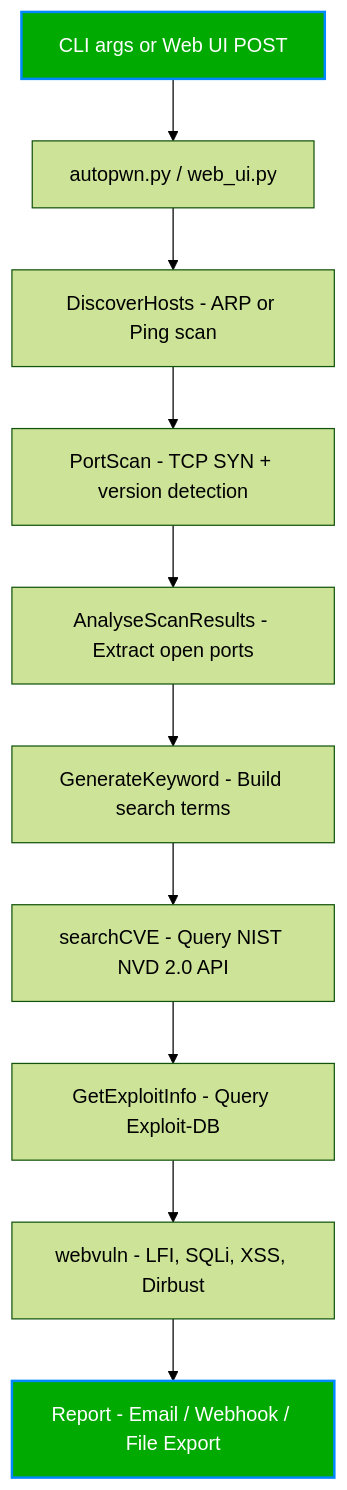
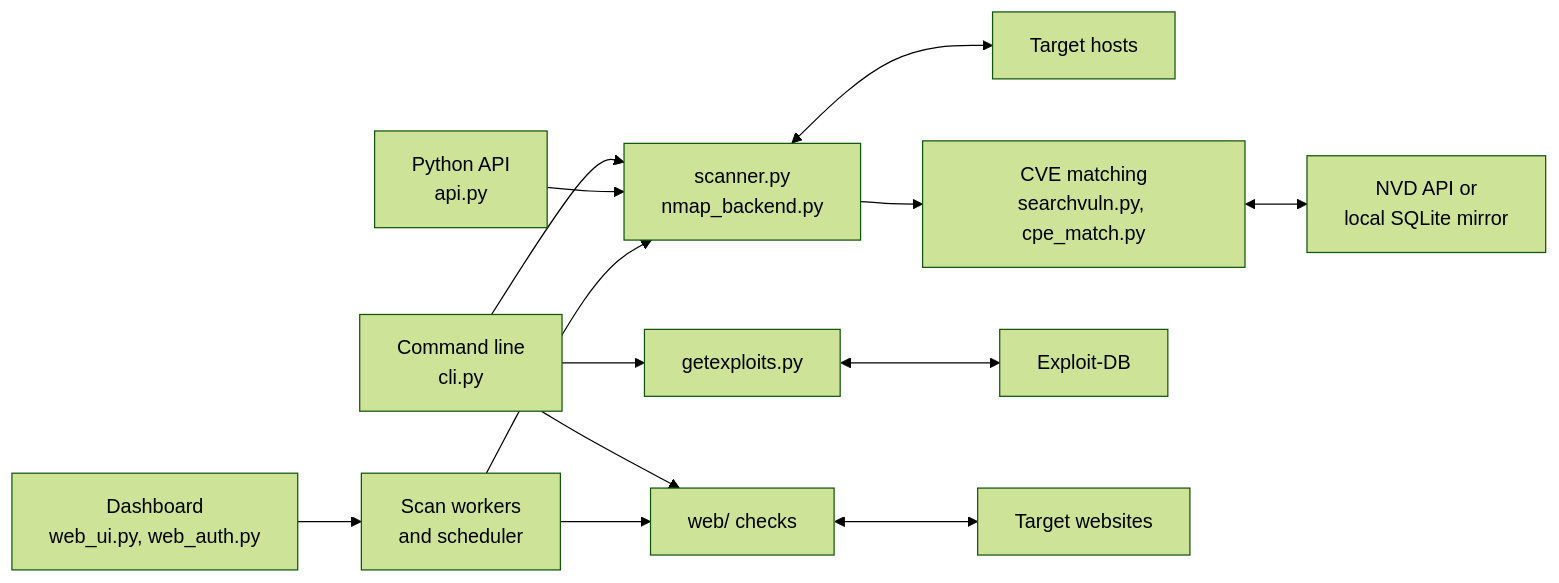
One commit to GamehunterKaan/kaangultekin.net changed the diagram in _pages/projects/autopwn-suite.md. Above: the diagram before and after it, drawn with Mermaid (forest theme). The commit also changed other lines of this file and 18 other files, not shown here.

```diff
--- a/_pages/projects/autopwn-suite.md
+++ b/_pages/projects/autopwn-suite.md
@@ -155,15 +306,15 @@
 <div class="mermaid">
-flowchart TD
-    A["CLI args or Web UI POST"] --> B["autopwn.py / web_ui.py"]
-    B --> C["DiscoverHosts - ARP or Ping scan"]
-    C --> D["PortScan - TCP SYN + version detection"]
-    D --> E["AnalyseScanResults - Extract open ports"]
-    E --> F["GenerateKeyword - Build search terms"]
-    F --> G["searchCVE - Query NIST NVD 2.0 API"]
-    G --> H["GetExploitInfo - Query Exploit-DB"]
-    H --> I["webvuln - LFI, SQLi, XSS, Dirbust"]
-    I --> J["Report - Email / Webhook / File Export"]
-
-    style A fill:#0a0,stroke:#08f,stroke-width:2px,color:#fff
-    style J fill:#0a0,stroke:#08f,stroke-width:2px,color:#fff
+flowchart LR
+    CLI["Command line<br/>cli.py"] --> Scan["scanner.py<br/>nmap_backend.py"]
+    API["Python API<br/>api.py"] --> Scan
+    Dash["Dashboard<br/>web_ui.py, web_auth.py"] --> Workers["Scan workers<br/>and scheduler"]
+    Workers --> Scan
+    Scan <--> Targets["Target hosts"]
+    Scan --> Lookup["CVE matching<br/>searchvuln.py, cpe_match.py"]
+    Lookup <--> NVD["NVD API or<br/>local SQLite mirror"]
+    CLI --> Exploits["getexploits.py"]
+    Exploits <--> EDB["Exploit-DB"]
+    CLI --> Checks["web/ checks"]
+    Workers --> Checks
+    Checks <--> Sites["Target websites"]
 </div>
```
